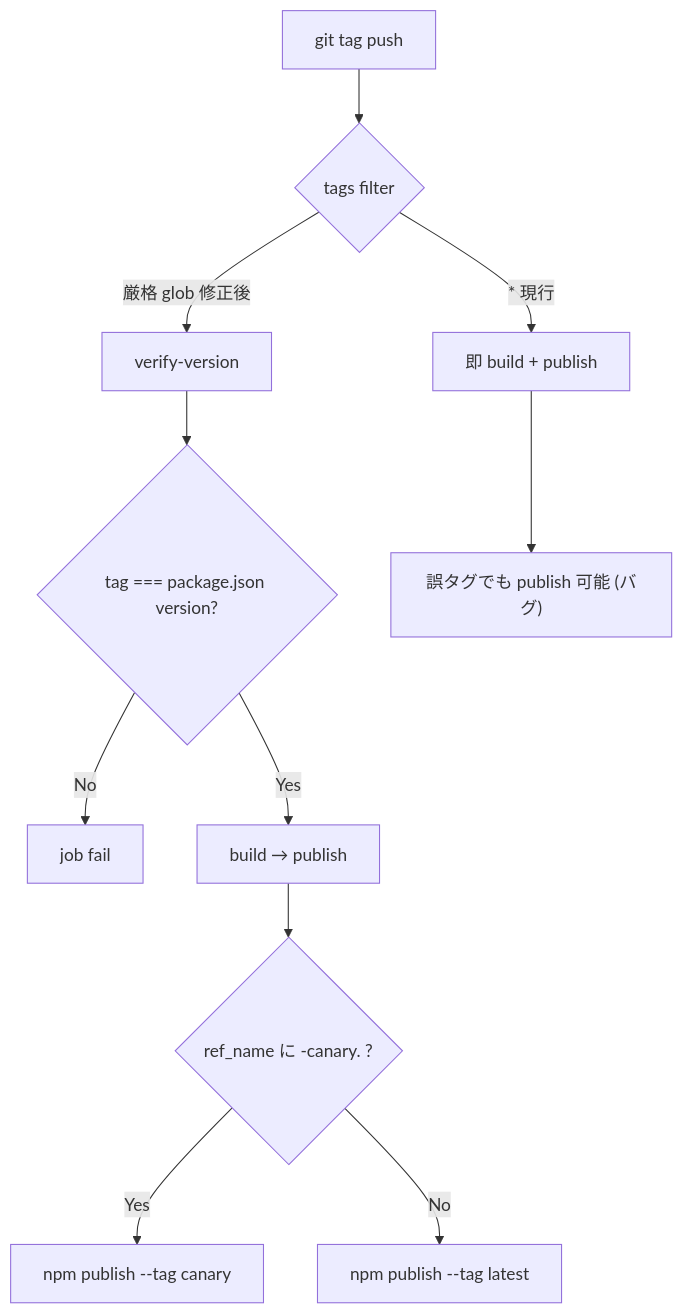
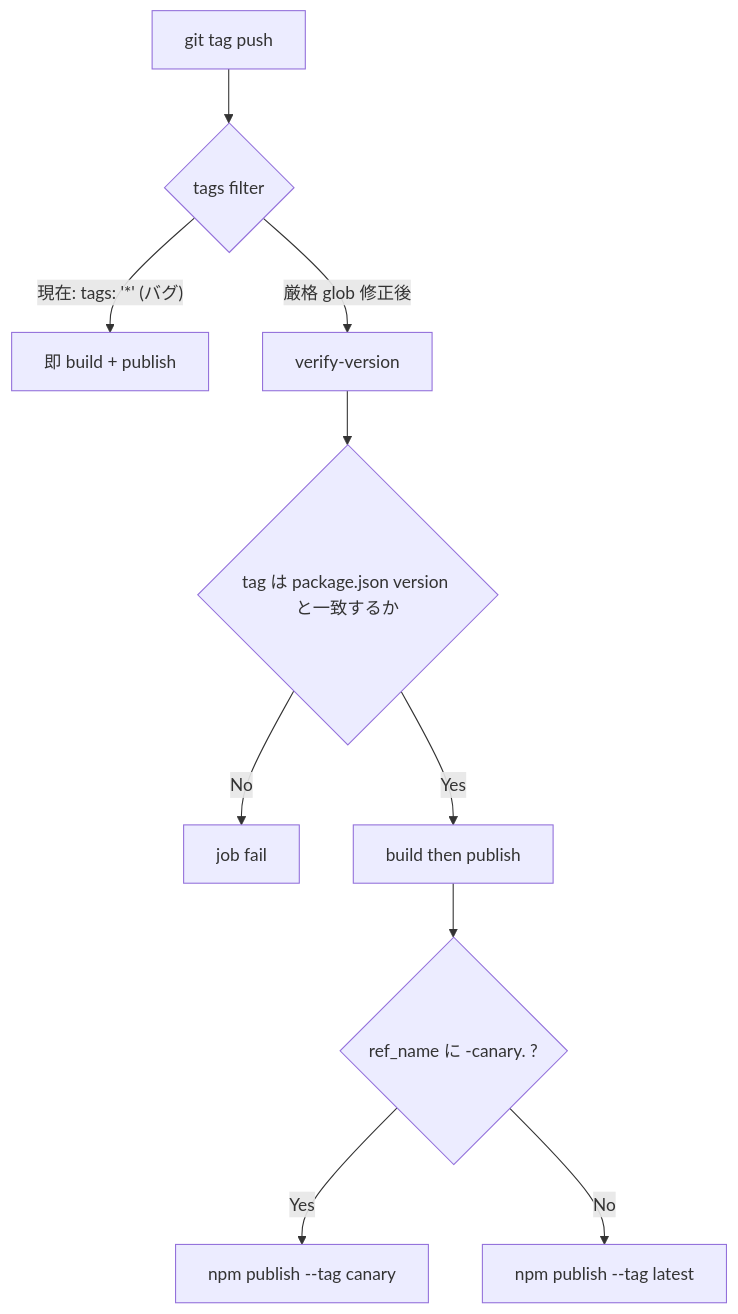
The diagram in issues/0024-ci-fix-npm-publish-tag-version-mismatch.md (shiguredo/sora-js-sdk), drawn with Mermaid before and after one commit. The commit also changed other lines of this file, not shown here.

Commit message:
0024 npm-publish.yml のタグトリガが緩くタグと package.json の不整合で誤 publish される issue を磨き上げる

````diff
--- a/issues/0024-ci-fix-npm-publish-tag-version-mismatch.md
+++ b/issues/0024-ci-fix-npm-publish-tag-version-mismatch.md
@@ -25,13 +25,12 @@
 ```mermaid
 flowchart TD
     A[git tag push] --> B{tags filter}
-    B -->|"* 現行"| C[即 build + publish]
+    B -->|"現在: tags: '*' (バグ)"| C[即 build + publish]
     B -->|厳格 glob 修正後| D[verify-version]
-    D --> E{tag === package.json version?}
+    D --> E{tag は package.json version と一致するか}
     E -->|No| F[job fail]
-    E -->|Yes| G[build → publish]
+    E -->|Yes| G["build then publish"]
     G --> H{ref_name に -canary. ?}
     H -->|Yes| I["npm publish --tag canary"]
     H -->|No| J["npm publish --tag latest"]
-    C --> K["誤タグでも publish 可能 (バグ)"]
 ```
````
